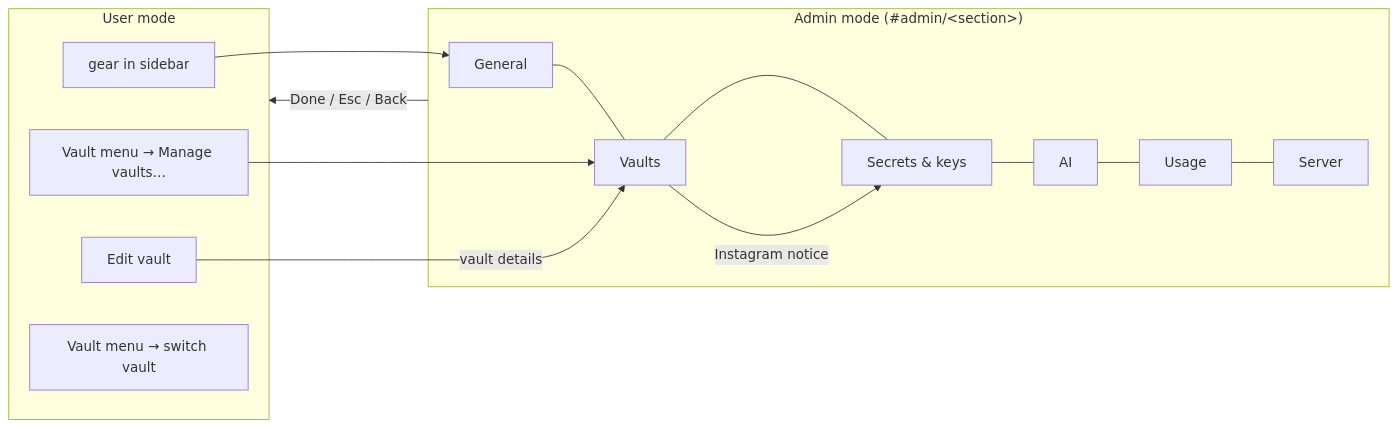
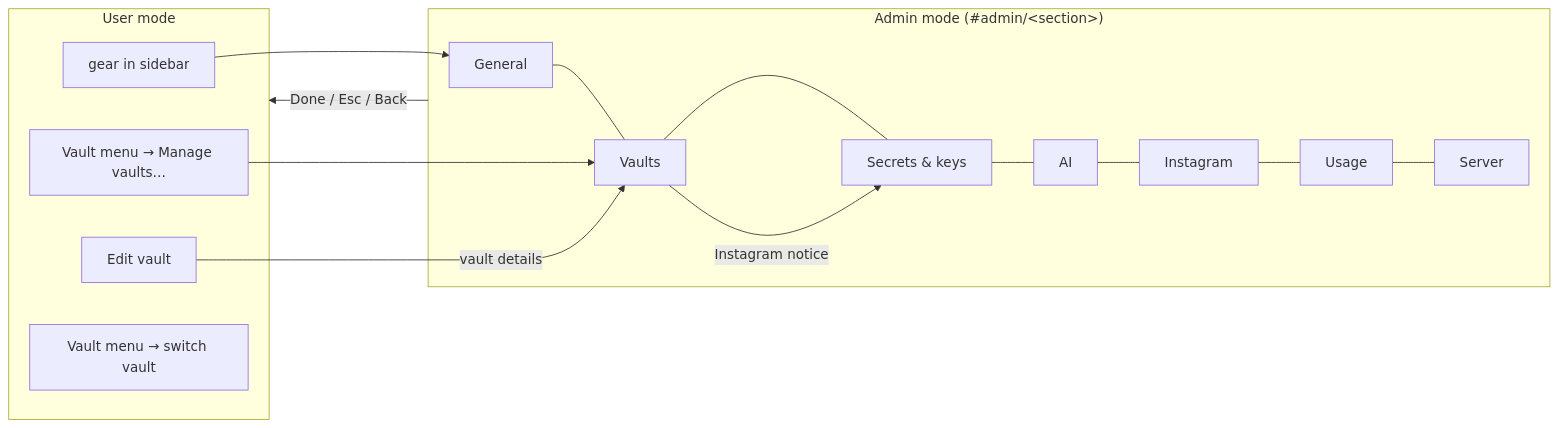
One commit to tillg/karpathy.app changed the first of 9 diagrams in specs/system/functional.md. Above: the diagram before and after it, drawn with Mermaid. The commit also changed other lines of this file and 12 other files, not shown here.

````diff
--- a/specs/system/functional.md
+++ b/specs/system/functional.md
@@ -62,17 +62,17 @@
 ```mermaid
 flowchart LR
   subgraph U[User mode]
     G[gear in sidebar]
     MV[Vault menu → Manage vaults…]
     EV[Edit vault]
     SW[Vault menu → switch vault]
   end
   subgraph A["Admin mode (#admin/&lt;section&gt;)"]
-    gen[General] --- vau[Vaults] --- sec[Secrets & keys] --- ai[AI] --- use[Usage] --- srv[Server]
+    gen[General] --- vau[Vaults] --- sec[Secrets & keys] --- ai[AI] --- ig[Instagram] --- use[Usage] --- srv[Server]
   end
   G --> gen
   MV --> vau
   EV -->|vault details| vau
   vau -->|Instagram notice| sec
   A -->|Done / Esc / Back| U
 ```
````
